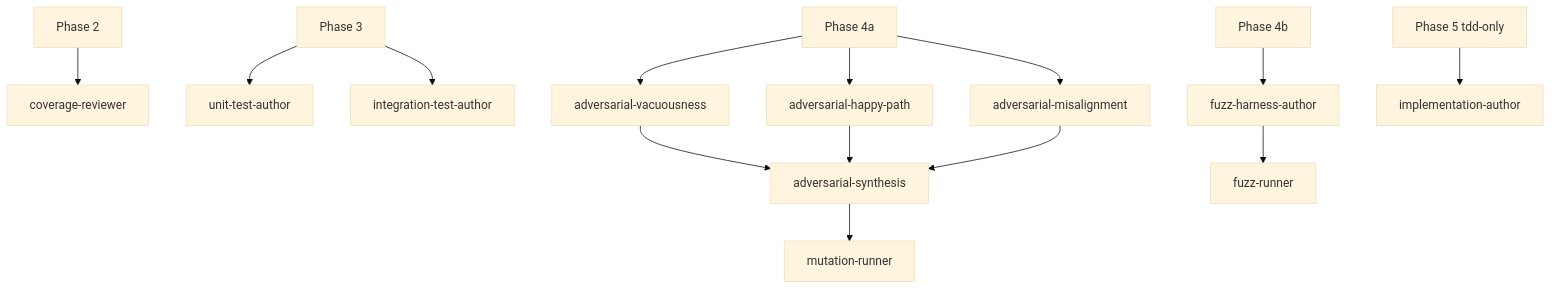
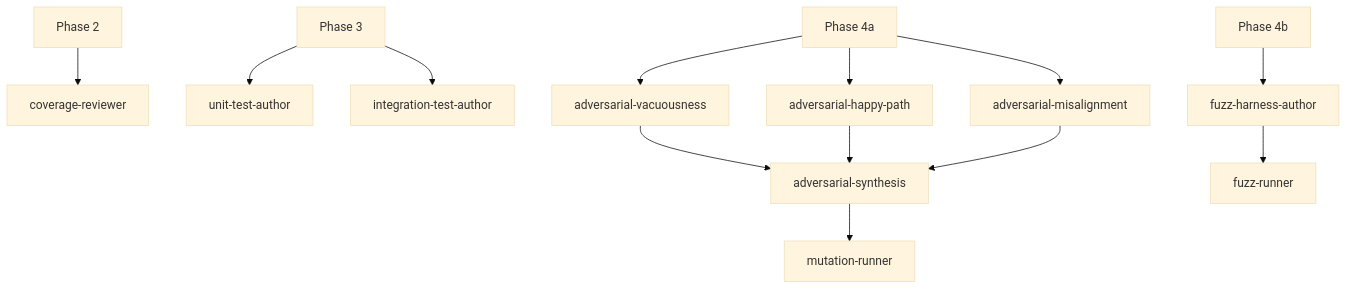
One commit to KemonoNeco/Straitjacket changed the third of 3 diagrams in docs/TECHNICAL.md. Above: the diagram before and after it, drawn with Mermaid (base theme). The commit also changed other lines of this file and 16 other files, not shown here.

````diff
--- a/docs/TECHNICAL.md
+++ b/docs/TECHNICAL.md
@@ -147,15 +120,14 @@
 ```mermaid
 flowchart TD
     P2[Phase 2] --> CR[coverage-reviewer]
     P3[Phase 3] --> UA[unit-test-author]
     P3 --> IA[integration-test-author]
     P4a[Phase 4a] --> AV[adversarial-vacuousness]
     P4a --> AH[adversarial-happy-path]
     P4a --> AM[adversarial-misalignment]
     AV --> AS[adversarial-synthesis]
     AH --> AS
     AM --> AS
     AS --> MR[mutation-runner]
     P4b[Phase 4b] --> FH[fuzz-harness-author] --> FR[fuzz-runner]
-    P5tdd[Phase 5 tdd-only] --> IMP[implementation-author]
 ```
````
